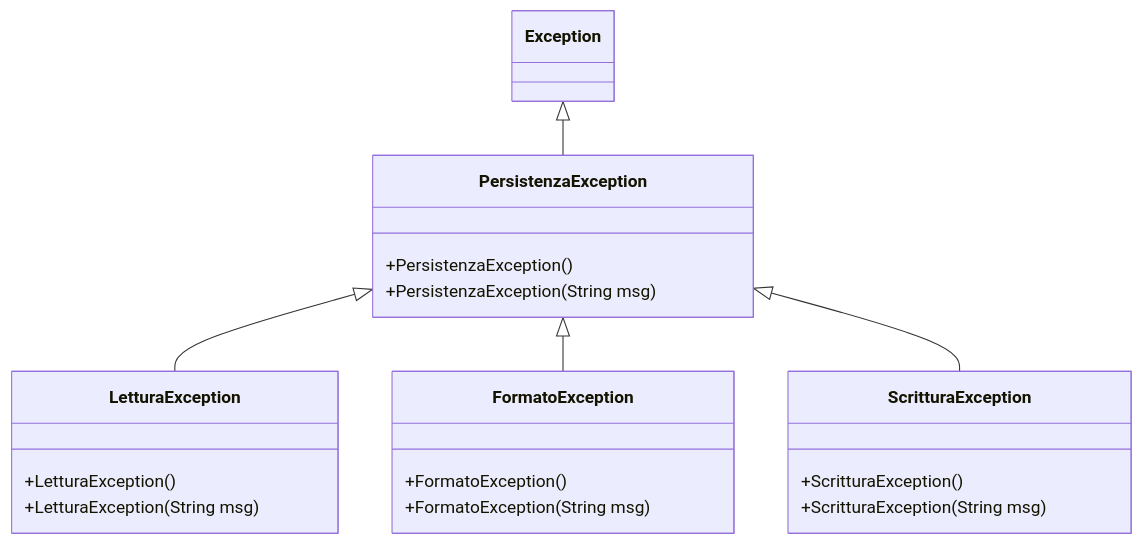
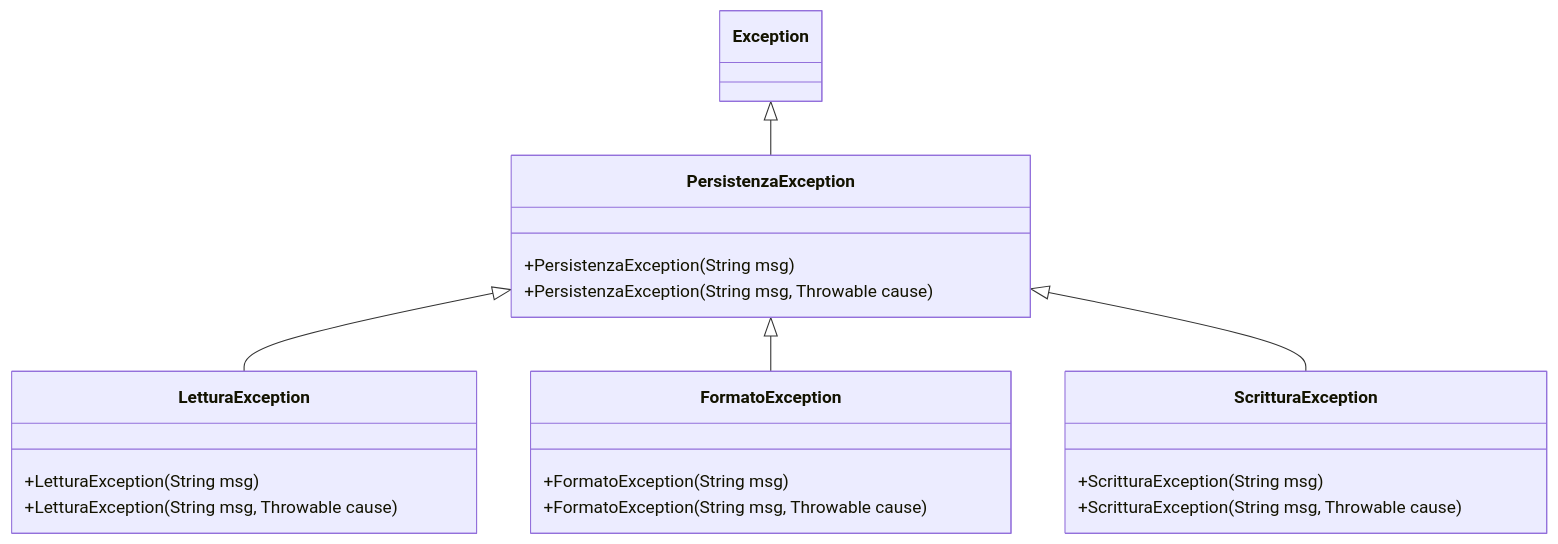
Before and after one commit to gcarbone48/PrenotazioneAule5: the diagram in diagrams/class diagrams/persistenzaExceptionClass.md, drawn with Mermaid. The commit also changed 4 other files, not shown here.

````diff
--- a/diagrams/class diagrams/persistenzaExceptionClass.md
+++ b/diagrams/class diagrams/persistenzaExceptionClass.md
@@ -1,33 +1,33 @@
 ```mermaid
     classDiagram
     
     class Exception{
 
     }
 
     class PersistenzaException{
-        +PersistenzaException()
         +PersistenzaException(String msg)
+        +PersistenzaException(String msg, Throwable cause)
     }
 
     Exception <|-- PersistenzaException
 
     class LetturaException{
-        +LetturaException()
         +LetturaException(String msg)
+        +LetturaException(String msg, Throwable cause)
     }
 
     class FormatoException{
-        +FormatoException()
         +FormatoException(String msg)
+        +FormatoException(String msg, Throwable cause)
     }
 
     class ScritturaException{
-        +ScritturaException()
         +ScritturaException(String msg)
+        +ScritturaException(String msg, Throwable cause)
     }
 
     PersistenzaException <|-- LetturaException
     PersistenzaException <|-- FormatoException
     PersistenzaException <|-- ScritturaException
 ```
````
